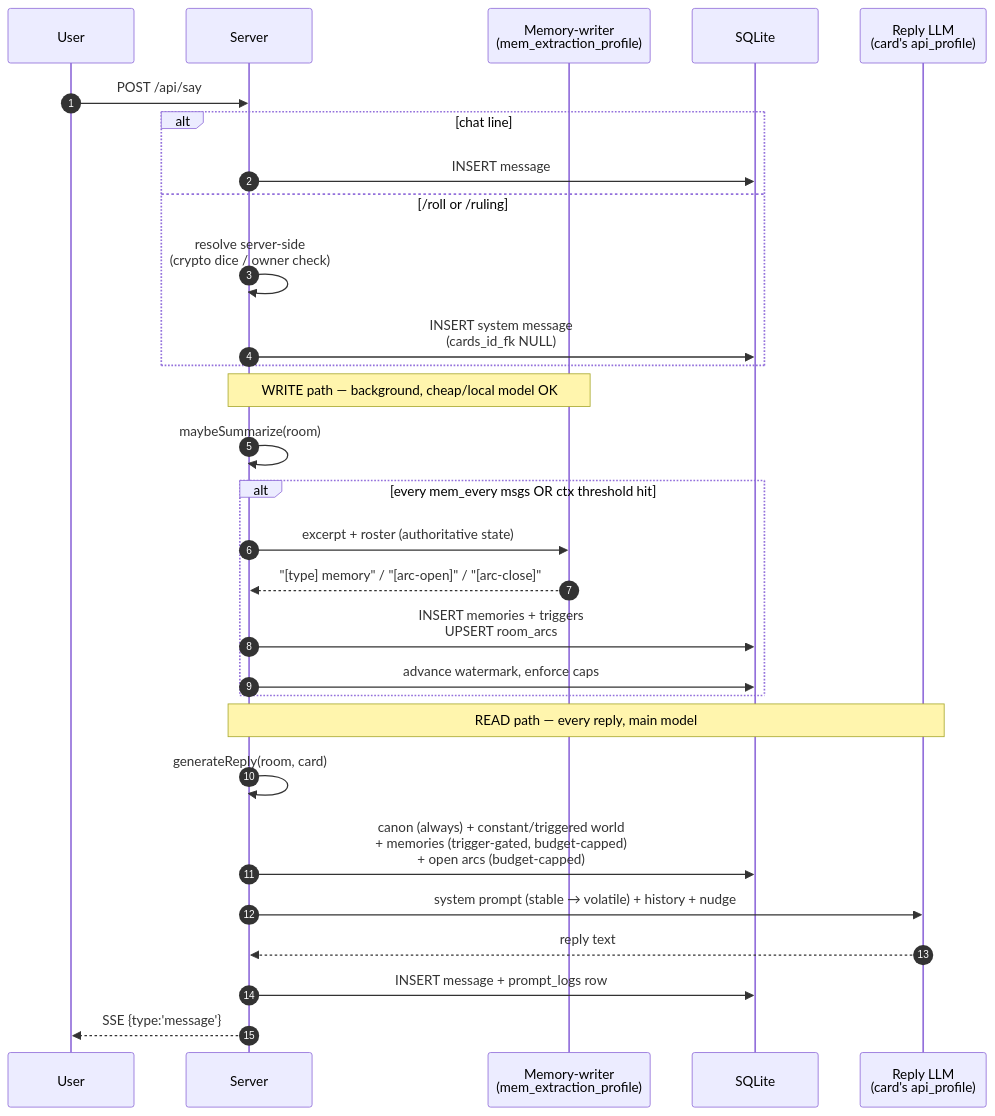
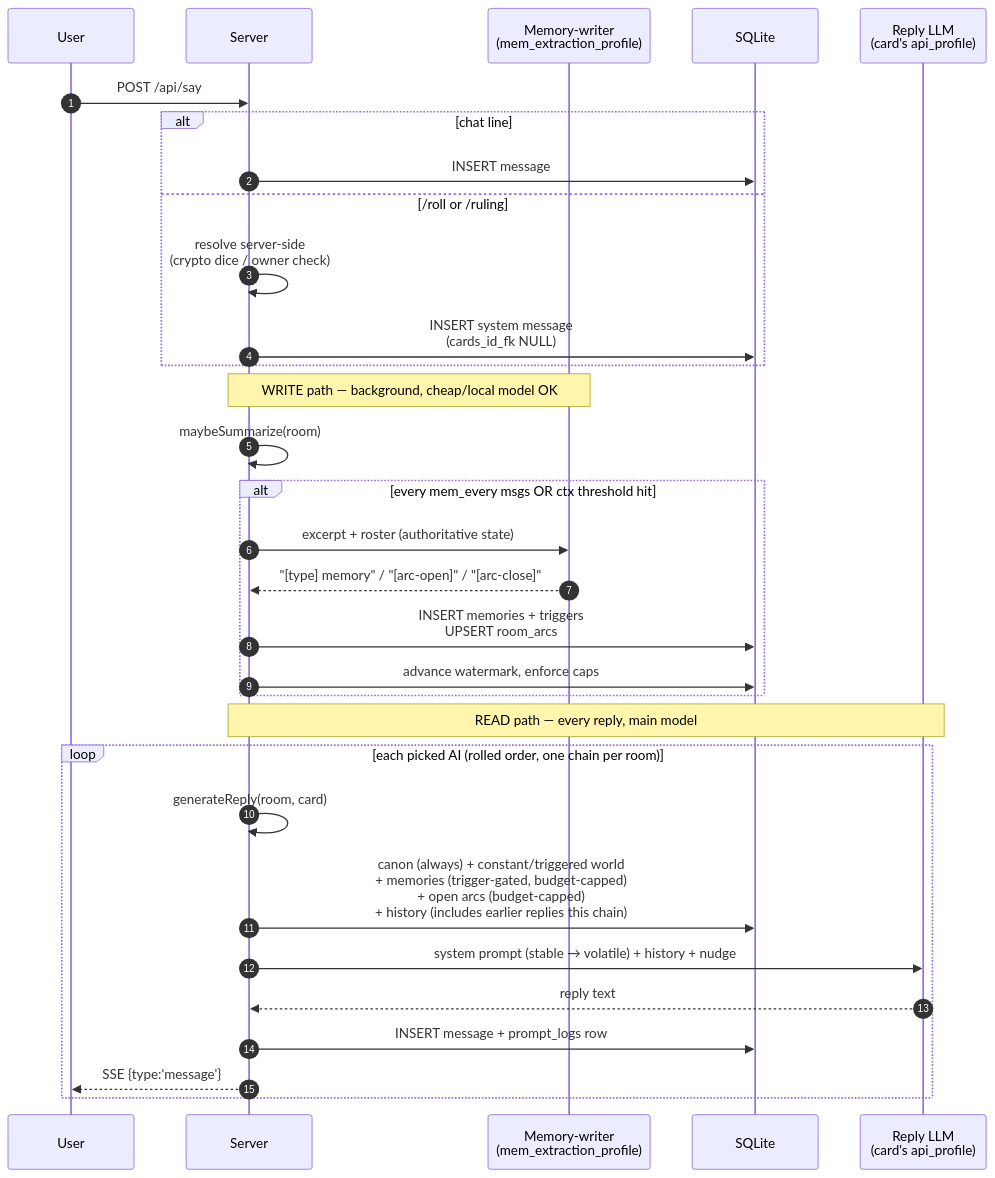
One commit to XanthiaJo/BOLLOCKS changed the second of 2 diagrams in docs/memories.md. Above: the diagram before and after it, drawn with Mermaid. The commit also changed 3 other files, not shown here.

First line of the commit message:
feat(chat): chain multi-AI replies — rolled order, sequential context

````diff
--- a/docs/memories.md
+++ b/docs/memories.md
@@ -177,34 +177,36 @@
 ```mermaid
 sequenceDiagram
     autonumber
     participant U as User
     participant S as Server
     participant W as Memory-writer<br/>(mem_extraction_profile)
     participant D as SQLite
     participant R as Reply LLM<br/>(card's api_profile)
 
     U->>S: POST /api/say
     alt chat line
         S->>D: INSERT message
     else /roll or /ruling
         S->>S: resolve server-side<br/>(crypto dice / owner check)
         S->>D: INSERT system message<br/>(cards_id_fk NULL)
     end
 
     Note over S,W: WRITE path — background, cheap/local model OK
     S->>S: maybeSummarize(room)
     alt every mem_every msgs OR ctx threshold hit
         S->>W: excerpt + roster (authoritative state)
         W-->>S: "[type] memory" / "[arc-open]" / "[arc-close]"
         S->>D: INSERT memories + triggers<br/>UPSERT room_arcs
         S->>D: advance watermark, enforce caps
     end
 
     Note over S,R: READ path — every reply, main model
-    S->>S: generateReply(room, card)
-    S->>D: canon (always) + constant/triggered world<br/>+ memories (trigger-gated, budget-capped)<br/>+ open arcs (budget-capped)
-    S->>R: system prompt (stable → volatile) + history + nudge
-    R-->>S: reply text
-    S->>D: INSERT message + prompt_logs row
-    S-->>U: SSE {type:'message'}
+    loop each picked AI (rolled order, one chain per room)
+        S->>S: generateReply(room, card)
+        S->>D: canon (always) + constant/triggered world<br/>+ memories (trigger-gated, budget-capped)<br/>+ open arcs (budget-capped)<br/>+ history (includes earlier replies this chain)
+        S->>R: system prompt (stable → volatile) + history + nudge
+        R-->>S: reply text
+        S->>D: INSERT message + prompt_logs row
+        S-->>U: SSE {type:'message'}
+    end
 ```
````
